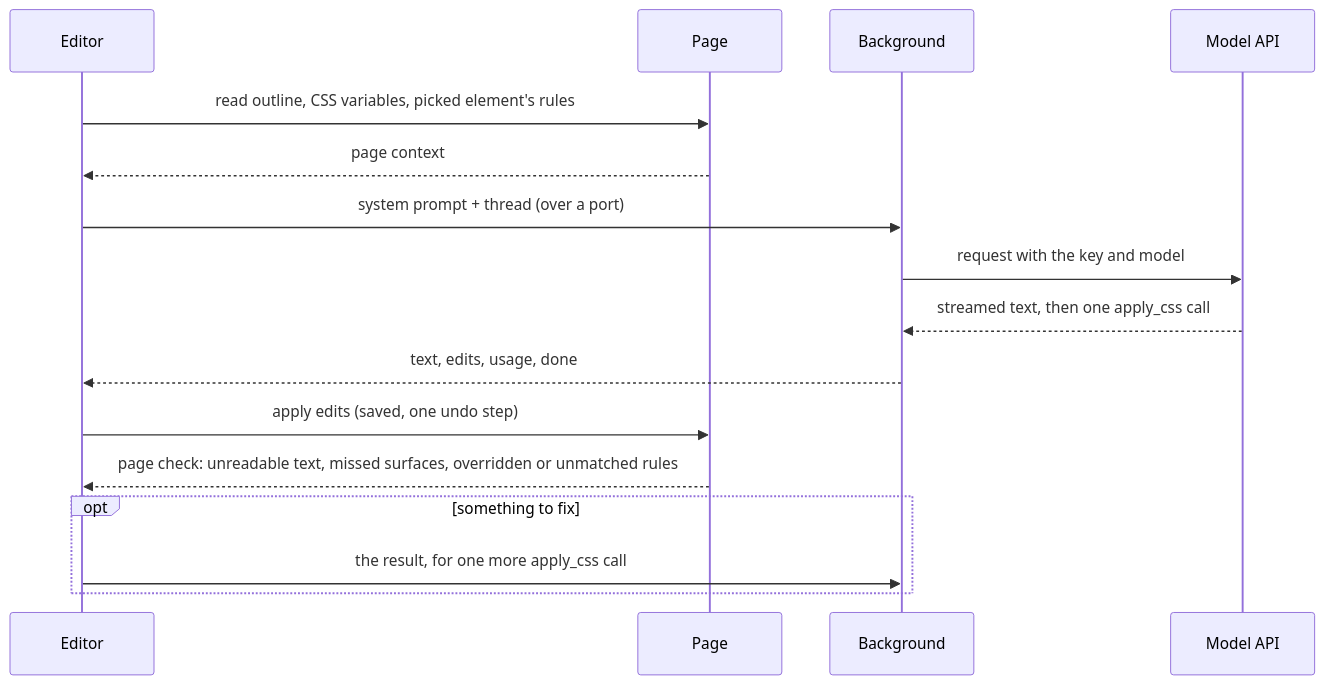
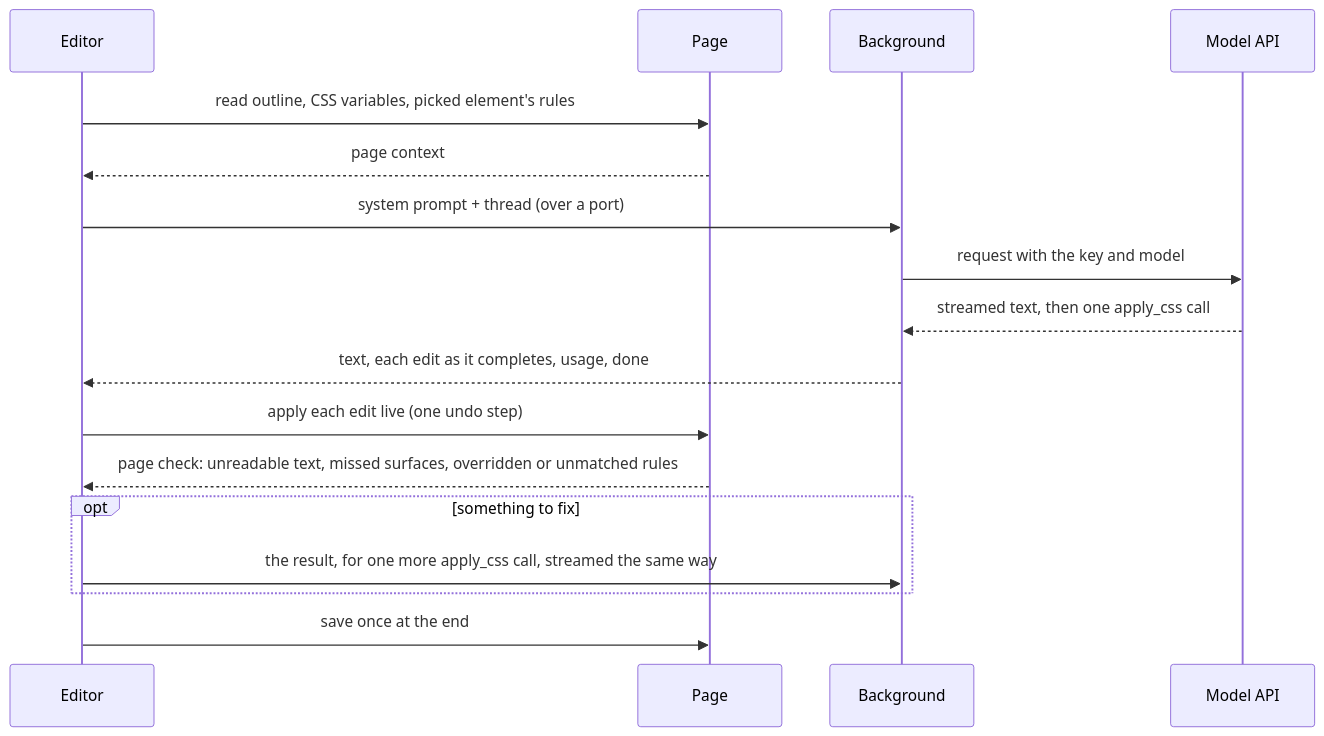
Before and after one commit to ankit/stylebot: the diagram in docs/chat.md, drawn with Mermaid. The commit also changed other lines of this file and 56 other files, not shown here.

First line of the commit message:
feat(chat): apply edits as the reply streams in

````diff
--- a/docs/chat.md
+++ b/docs/chat.md
@@ -7,18 +7,19 @@
 ```mermaid
 sequenceDiagram
     participant E as Editor
     participant P as Page
     participant B as Background
     participant M as Model API
     E->>P: read outline, CSS variables, picked element's rules
     P-->>E: page context
     E->>B: system prompt + thread (over a port)
     B->>M: request with the key and model
     M-->>B: streamed text, then one apply_css call
-    B-->>E: text, edits, usage, done
-    E->>P: apply edits (saved, one undo step)
+    B-->>E: text, each edit as it completes, usage, done
+    E->>P: apply each edit live (one undo step)
     P-->>E: page check: unreadable text, missed surfaces, overridden or unmatched rules
     opt something to fix
-        E->>B: the result, for one more apply_css call
+        E->>B: the result, for one more apply_css call, streamed the same way
     end
+    E->>P: save once at the end
 ```
````
